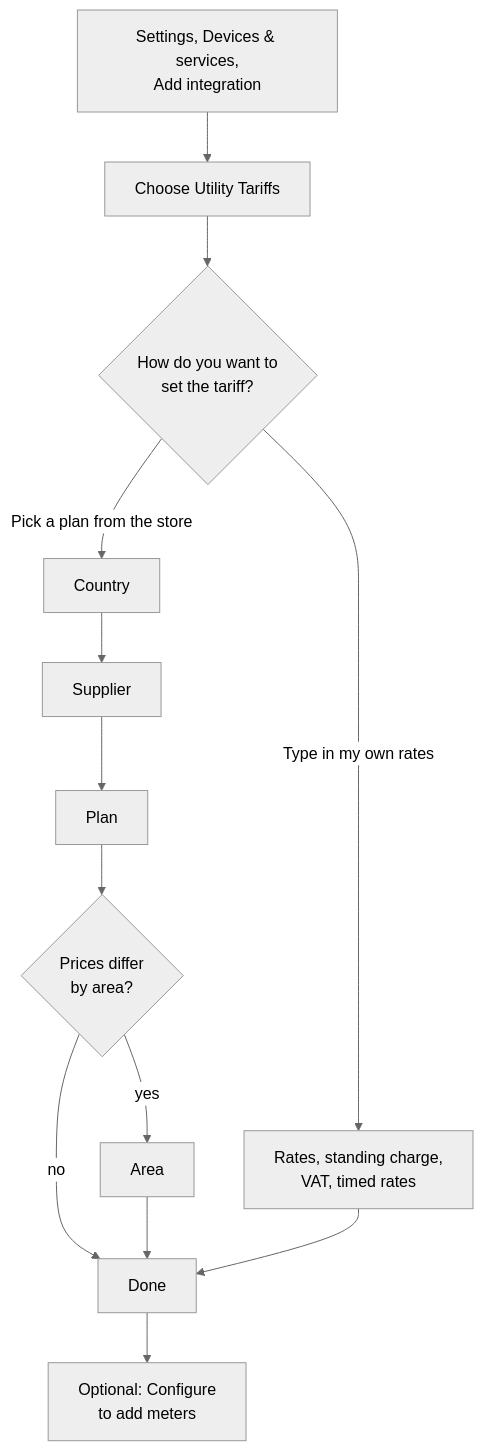
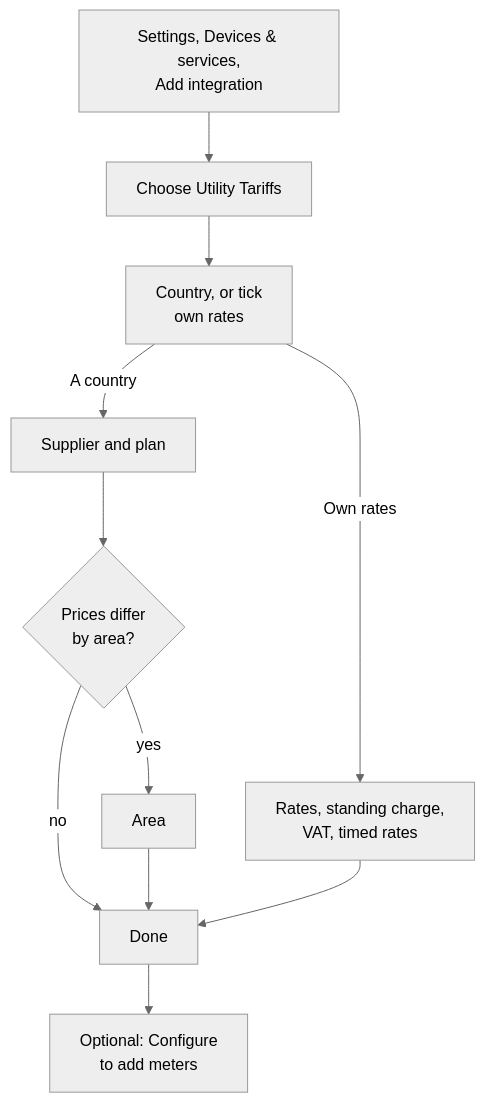
Before and after one commit to macuistin/ha-utility-tariffs: the first of 2 diagrams in docs/setup-guide.md, drawn with Mermaid (neutral theme). The commit also changed other lines of this file and 11 other files, not shown here.

````diff
--- a/docs/setup-guide.md
+++ b/docs/setup-guide.md
@@ -9,15 +9,13 @@
 ```mermaid
 flowchart TD
     A[Settings, Devices & services,<br/>Add integration] --> B[Choose Utility Tariffs]
-    B --> C{How do you want to<br/>set the tariff?}
-    C -->|Pick a plan from the store| D[Country]
-    D --> E[Supplier]
-    E --> F[Plan]
+    B --> D[Country, or tick<br/>own rates]
+    D -->|A country| F[Supplier and plan]
     F --> G{Prices differ<br/>by area?}
     G -->|yes| H[Area]
     G -->|no| I[Done]
     H --> I
-    C -->|Type in my own rates| J[Rates, standing charge,<br/>VAT, timed rates]
+    D -->|Own rates| J[Rates, standing charge,<br/>VAT, timed rates]
     J --> I
     I --> K[Optional: Configure<br/>to add meters]
 ```
````
